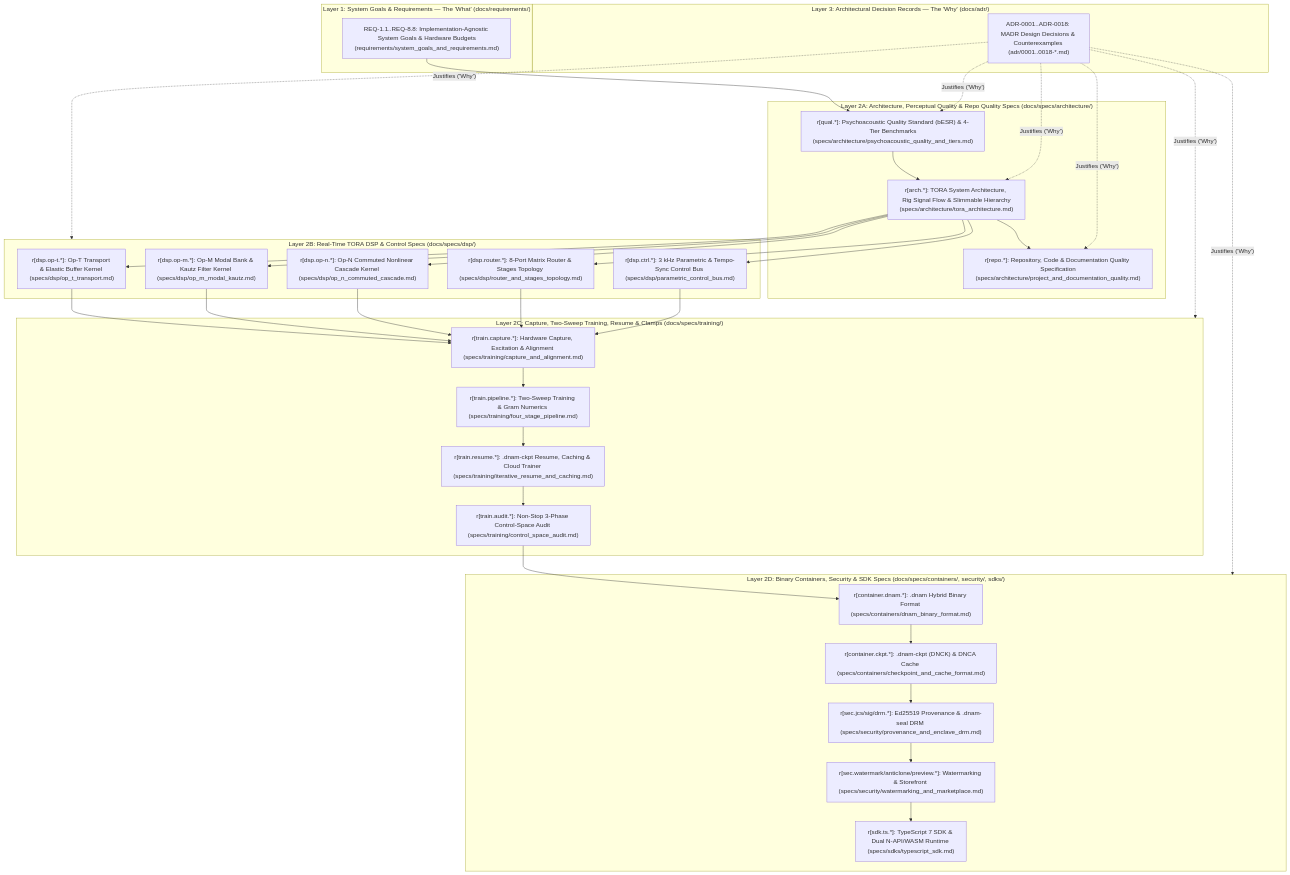
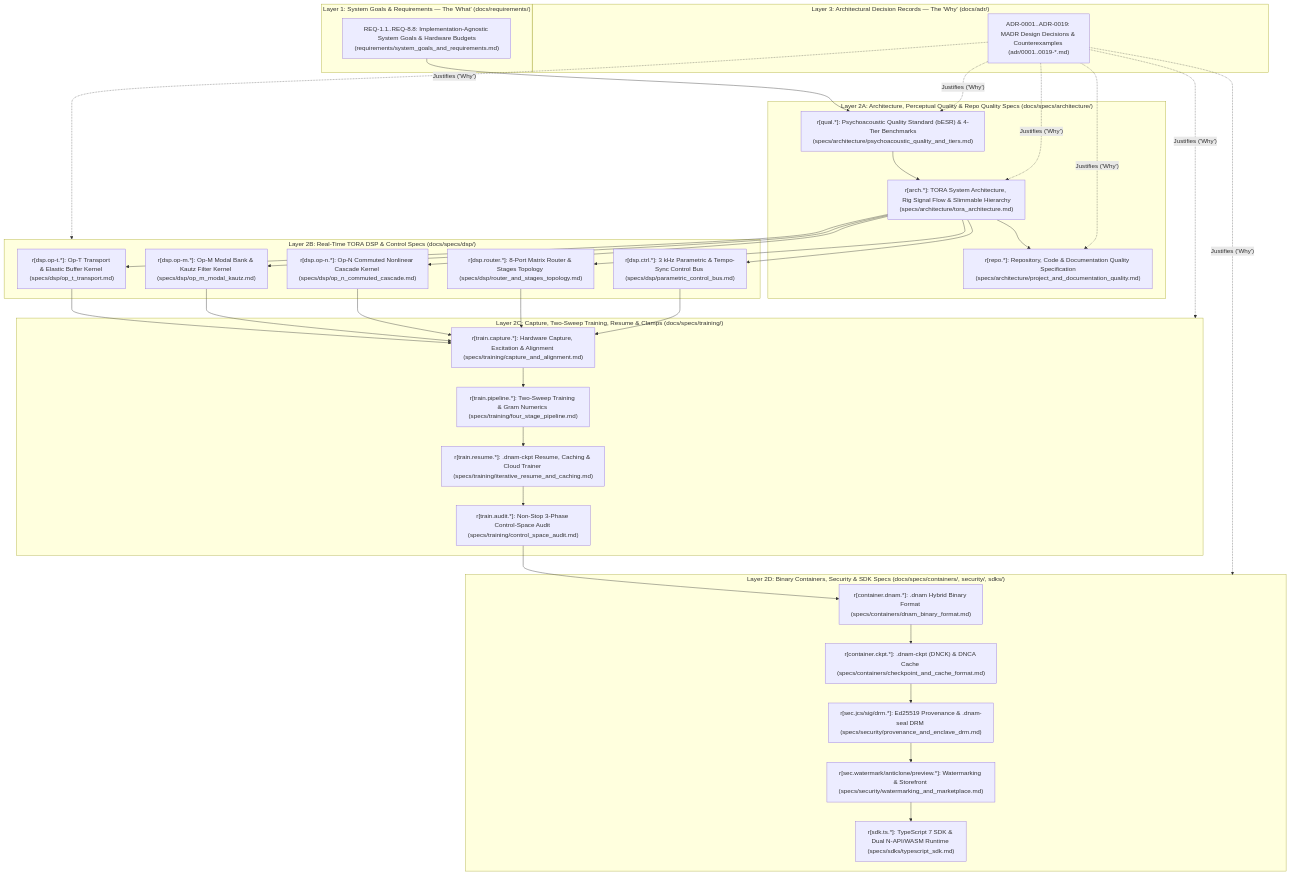
The diagram in docs/index.md (dnam-project/dnam), drawn with Mermaid before and after one commit. The commit also changed other lines of this file and 112 other files, not shown here.

````diff
--- a/docs/index.md
+++ b/docs/index.md
@@ -16,48 +16,48 @@
 ```mermaid
 flowchart TD
     subgraph Req ["Layer 1: System Goals & Requirements — The 'What' (docs/requirements/)"]
         G1["REQ-1.1..REQ-8.8: Implementation-Agnostic System Goals & Hardware Budgets<br/>(requirements/system_goals_and_requirements.md)"]
     end
 
     subgraph SpecsArch ["Layer 2A: Architecture, Perceptual Quality & Repo Quality Specs (docs/specs/architecture/)"]
         G2["r[qual.*]: Psychoacoustic Quality Standard (bESR) & 4-Tier Benchmarks<br/>(specs/architecture/psychoacoustic_quality_and_tiers.md)"]
         G3["r[arch.*]: TORA System Architecture, Rig Signal Flow & Slimmable Hierarchy<br/>(specs/architecture/tora_architecture.md)"]
         G4["r[repo.*]: Repository, Code & Documentation Quality Specification<br/>(specs/architecture/project_and_documentation_quality.md)"]
         G2 --> G3 --> G4
     end
 
     subgraph SpecsDSP ["Layer 2B: Real-Time TORA DSP & Control Specs (docs/specs/dsp/)"]
         D1["r[dsp.op-t.*]: Op-T Transport & Elastic Buffer Kernel (specs/dsp/op_t_transport.md)"]
         D2["r[dsp.op-m.*]: Op-M Modal Bank & Kautz Filter Kernel (specs/dsp/op_m_modal_kautz.md)"]
         D3["r[dsp.op-n.*]: Op-N Commuted Nonlinear Cascade Kernel (specs/dsp/op_n_commuted_cascade.md)"]
         D4["r[dsp.router.*]: 8-Port Matrix Router & Stages Topology (specs/dsp/router_and_stages_topology.md)"]
         D5["r[dsp.ctrl.*]: 3 kHz Parametric & Tempo-Sync Control Bus (specs/dsp/parametric_control_bus.md)"]
     end
 
     subgraph SpecsTrain ["Layer 2C: Capture, Two-Sweep Training, Resume & Clamps (docs/specs/training/)"]
         T1["r[train.capture.*]: Hardware Capture, Excitation & Alignment (specs/training/capture_and_alignment.md)"]
         T2["r[train.pipeline.*]: Two-Sweep Training & Gram Numerics (specs/training/four_stage_pipeline.md)"]
         T3["r[train.resume.*]: .dnam-ckpt Resume, Caching & Cloud Trainer (specs/training/iterative_resume_and_caching.md)"]
         T4["r[train.audit.*]: Non-Stop 3-Phase Control-Space Audit (specs/training/control_space_audit.md)"]
         T1 --> T2 --> T3 --> T4
     end
 
     subgraph SpecsCont ["Layer 2D: Binary Containers, Security & SDK Specs (docs/specs/containers/, security/, sdks/)"]
         C1["r[container.dnam.*]: .dnam Hybrid Binary Format (specs/containers/dnam_binary_format.md)"]
         C2["r[container.ckpt.*]: .dnam-ckpt (DNCK) & DNCA Cache (specs/containers/checkpoint_and_cache_format.md)"]
         S1["r[sec.jcs/sig/drm.*]: Ed25519 Provenance & .dnam-seal DRM (specs/security/provenance_and_enclave_drm.md)"]
         S2["r[sec.watermark/anticlone/preview.*]: Watermarking & Storefront (specs/security/watermarking_and_marketplace.md)"]
         K2["r[sdk.ts.*]: TypeScript 7 SDK & Dual N-API/WASM Runtime (specs/sdks/typescript_sdk.md)"]
         C1 --> C2 --> S1 --> S2 --> K2
     end
 
     subgraph ADRs ["Layer 3: Architectural Decision Records — The 'Why' (docs/adr/)"]
-        A1["ADR-0001..ADR-0018: MADR Design Decisions & Counterexamples (adr/0001..0018-*.md)"]
+        A1["ADR-0001..ADR-0019: MADR Design Decisions & Counterexamples (adr/0001..0019-*.md)"]
     end
 
     G1 --> G2
     G3 --> D1 & D2 & D3 & D4 & D5
     D1 & D2 & D3 & D4 & D5 --> T1
     T4 --> C1
     A1 -.->|"Justifies ('Why')"| G2 & G3 & G4 & SpecsDSP & SpecsTrain & SpecsCont
 ```
````
